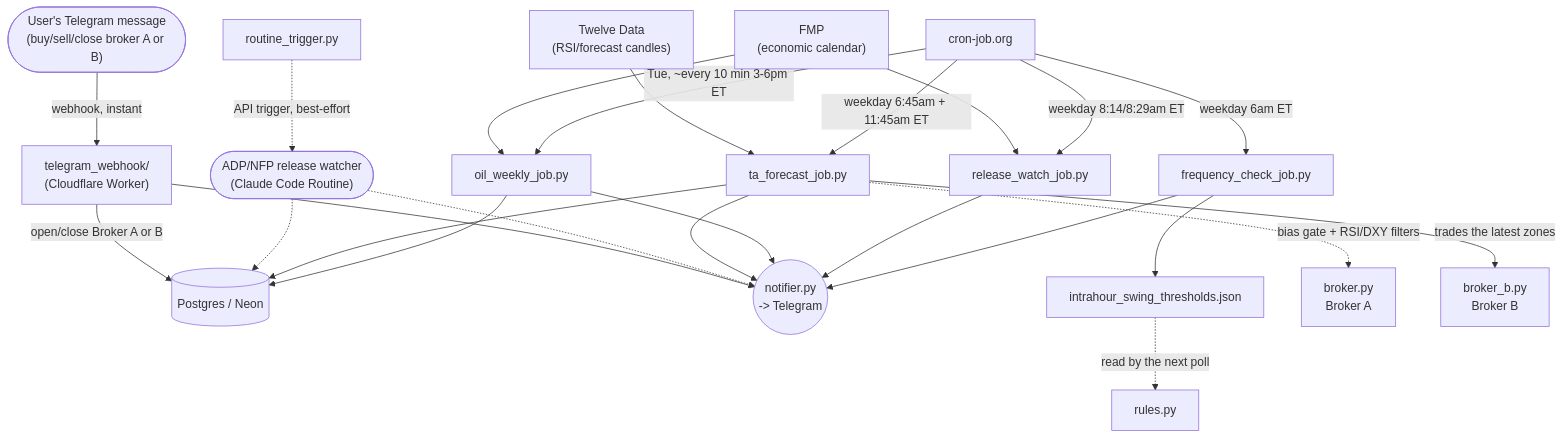
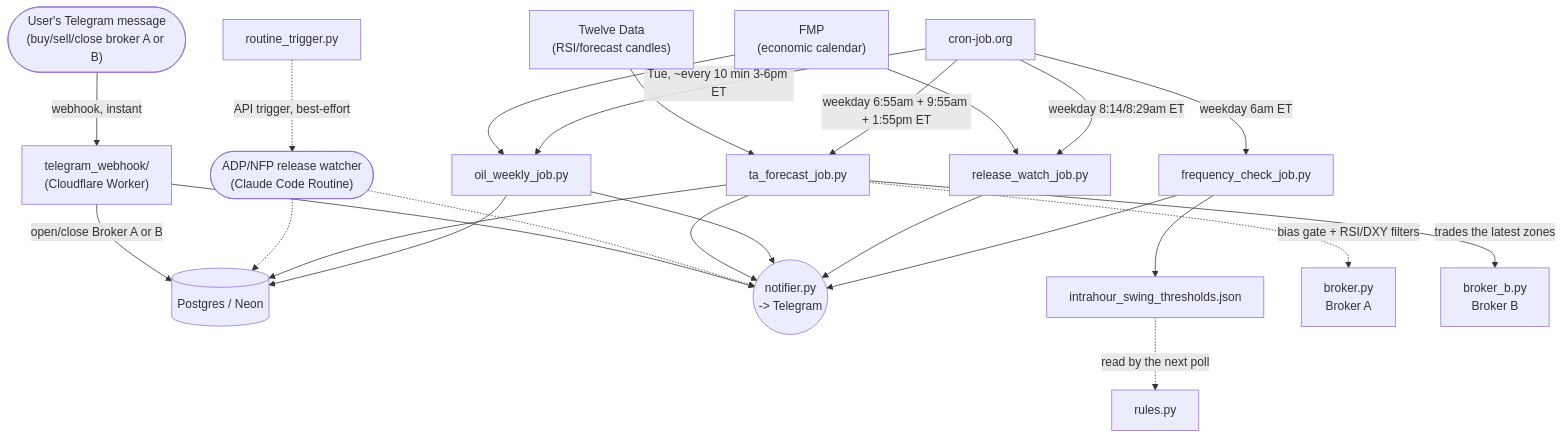
Before and after one commit to Armada86/goldo: the second of 2 diagrams in docs/diagram.md, drawn with Mermaid. The commit also changed other lines of this file and 6 other files, not shown here.

````diff
--- a/docs/diagram.md
+++ b/docs/diagram.md
@@ -51,34 +51,34 @@
 ```mermaid
 flowchart TD
     Cron2["cron-job.org"]
     FMP["FMP\n(economic calendar)"]
     TD2["Twelve Data\n(RSI/forecast candles)"]
     DB2[("Postgres / Neon")]
     Telegram2(("notifier.py\n-> Telegram"))
 
     Cron2 -->|weekday 6am ET| FreqCheck["frequency_check_job.py"]
     FreqCheck --> Thresholds["intrahour_swing_thresholds.json"]
     FreqCheck --> Telegram2
     Thresholds -.->|read by the next poll| Rules2["rules.py"]
 
     Cron2 -->|weekday 8:14/8:29am ET| ReleaseWatch["release_watch_job.py"]
     FMP --> ReleaseWatch --> Telegram2
 
     Cron2 -->|Tue, ~every 10 min 3-6pm ET| OilWeekly["oil_weekly_job.py"]
     FMP --> OilWeekly --> DB2
     OilWeekly --> Telegram2
 
-    Cron2 -->|weekday 6:45am + 11:45am ET| TAForecast["ta_forecast_job.py"]
+    Cron2 -->|weekday 6:55am + 9:55am + 1:55pm ET| TAForecast["ta_forecast_job.py"]
     TD2 --> TAForecast --> DB2
     TAForecast --> Telegram2
     TAForecast -.->|bias gate + RSI/DXY filters| BrokerA2["broker.py\nBroker A"]
     TAForecast -->|trades the latest zones| BrokerB2["broker_b.py\nBroker B"]
 
     RoutineTrigger2["routine_trigger.py"] -.->|API trigger, best-effort| Routine(["ADP/NFP release watcher\n(Claude Code Routine)"])
     Routine -.-> DB2
     Routine -.-> Telegram2
 
     TelegramUser(["User's Telegram message\n(buy/sell/close broker A or B)"]) -->|webhook, instant| Worker["telegram_webhook/\n(Cloudflare Worker)"]
     Worker -->|open/close Broker A or B| DB2
     Worker --> Telegram2
 ```
````
